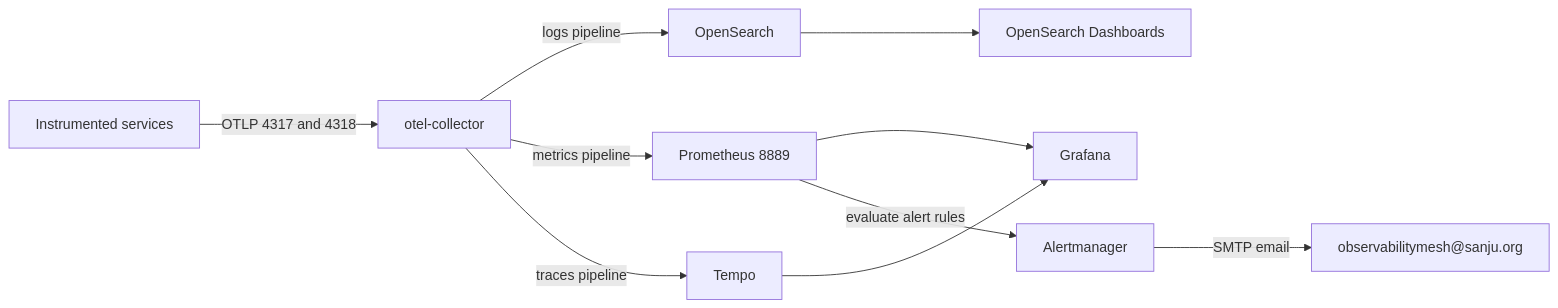
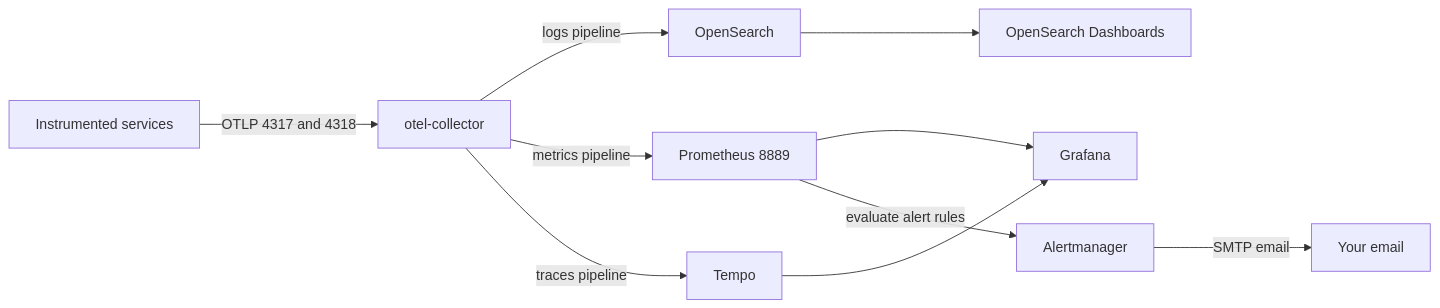
Before and after one commit to sanjuthomas/observability-mesh: the second of 4 diagrams in README.md, drawn with Mermaid. The commit also changed other lines of this file and 7 other files, not shown here.

````diff
--- a/README.md
+++ b/README.md
@@ -65,12 +65,12 @@
 ```mermaid
 flowchart LR
     Apps["Instrumented services"] -->|OTLP 4317 and 4318| OTel["otel-collector"]
     OTel -->|logs pipeline| OS["OpenSearch"]
     OTel -->|metrics pipeline| Prom["Prometheus 8889"]
     OTel -->|traces pipeline| Tempo["Tempo"]
     Prom --> Grafana["Grafana"]
     Tempo --> Grafana
     OS --> OSD["OpenSearch Dashboards"]
     Prom -->|evaluate alert rules| AM["Alertmanager"]
-    AM -->|SMTP email| Notify["observabilitymesh@sanju.org"]
+    AM -->|SMTP email| Notify["Your email"]
 ```
````
